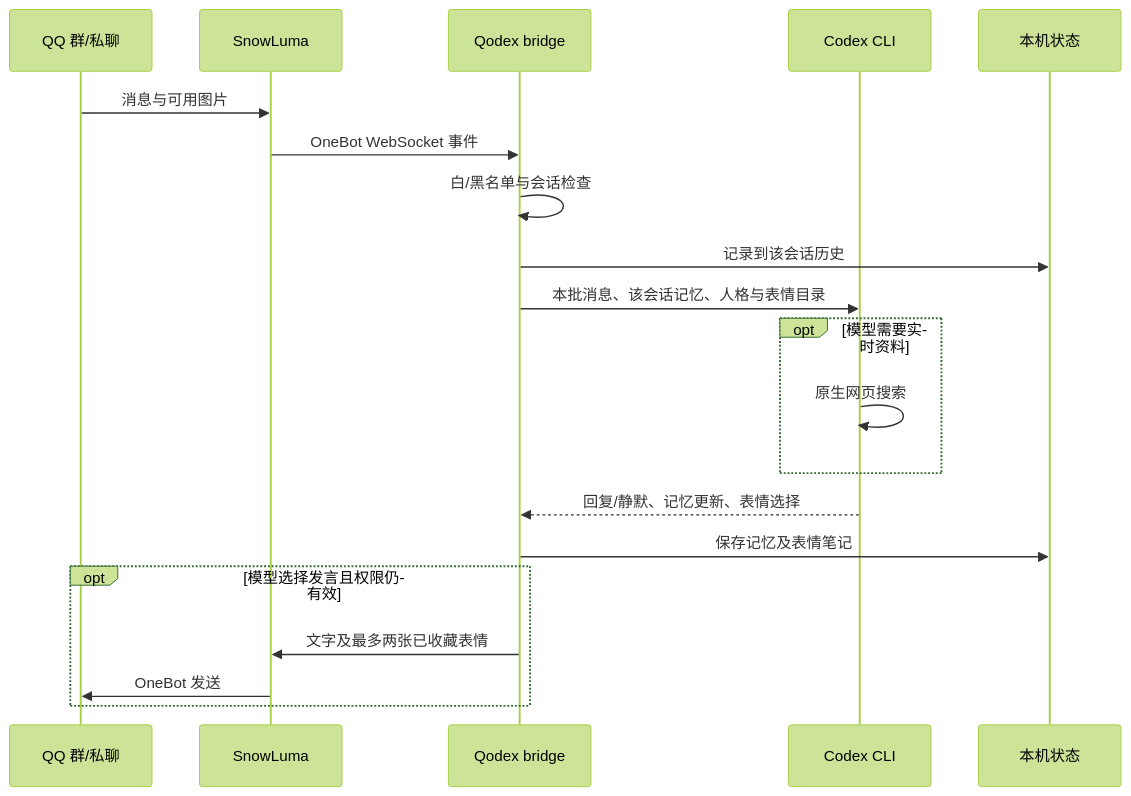
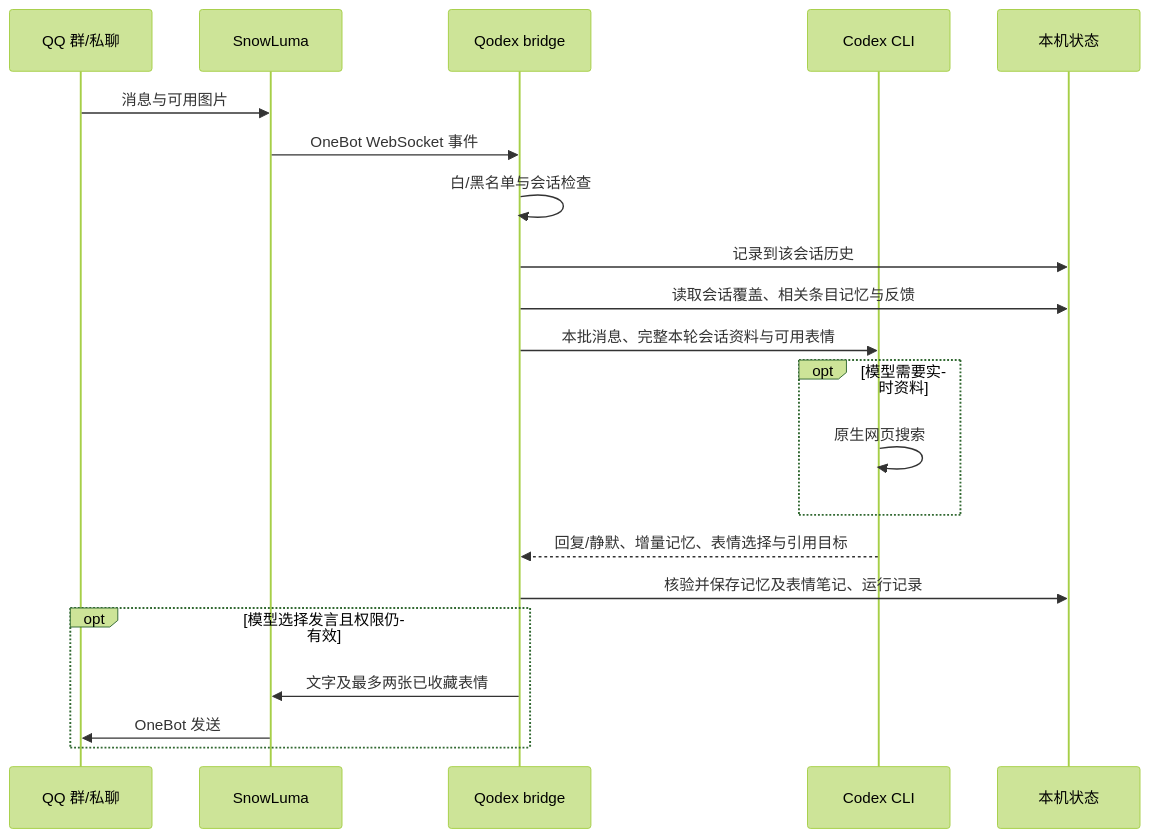
One commit to ChrisZ-123/Qodex changed the diagram in docs/PROJECT_GUIDE.md. Above: the diagram before and after it, drawn with Mermaid (forest theme). The commit also changed other lines of this file and 13 other files, not shown here.

````diff
--- a/docs/PROJECT_GUIDE.md
+++ b/docs/PROJECT_GUIDE.md
@@ -7,22 +7,23 @@
 ```mermaid
 sequenceDiagram
     participant QQ as QQ 群/私聊
     participant S as SnowLuma
     participant B as Qodex bridge
     participant C as Codex CLI
     participant L as 本机状态
     QQ->>S: 消息与可用图片
     S->>B: OneBot WebSocket 事件
     B->>B: 白/黑名单与会话检查
     B->>L: 记录到该会话历史
-    B->>C: 本批消息、该会话记忆、人格与表情目录
+    B->>L: 读取会话覆盖、相关条目记忆与反馈
+    B->>C: 本批消息、完整本轮会话资料与可用表情
     opt 模型需要实时资料
       C->>C: 原生网页搜索
     end
-    C-->>B: 回复/静默、记忆更新、表情选择
-    B->>L: 保存记忆及表情笔记
+    C-->>B: 回复/静默、增量记忆、表情选择与引用目标
+    B->>L: 核验并保存记忆及表情笔记、运行记录
     opt 模型选择发言且权限仍有效
       B->>S: 文字及最多两张已收藏表情
       S->>QQ: OneBot 发送
     end
 ```
````
